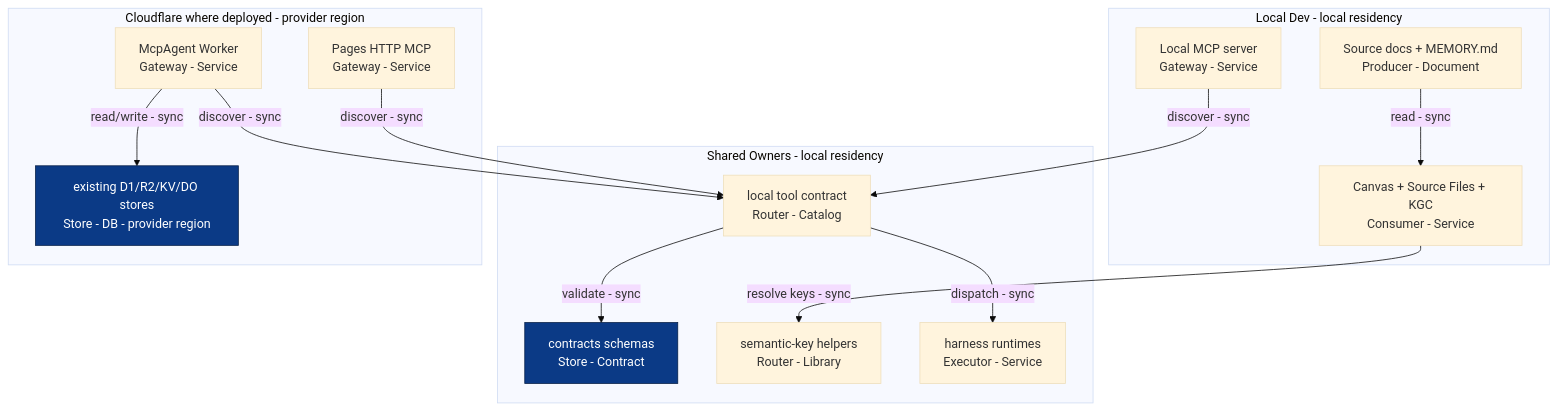
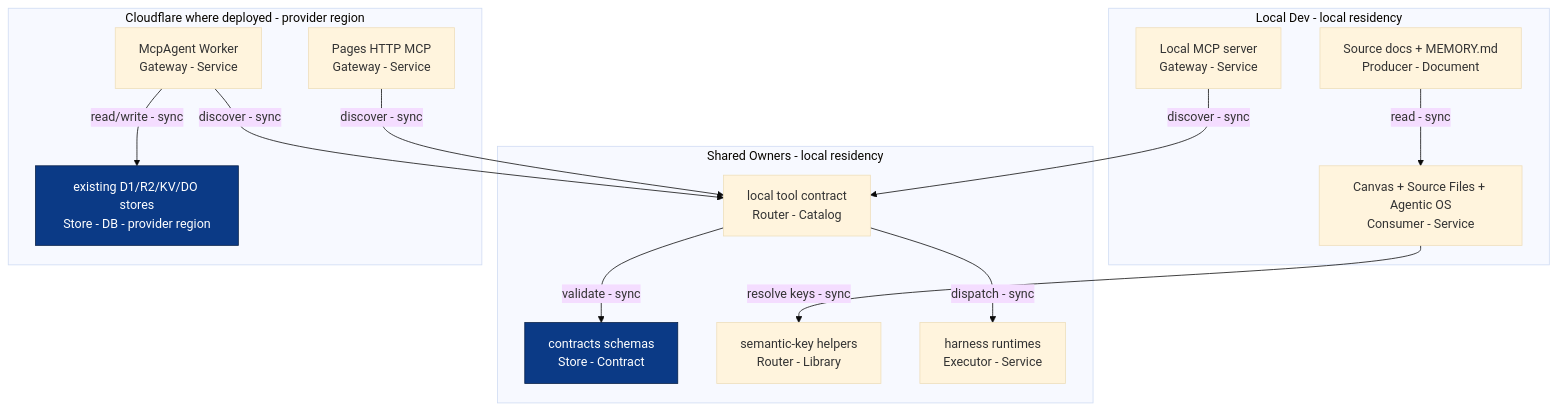
The diagram in docs/PRD-TAD-ADR-MVP-GTM.md (huijoohwee/agentic-canvas-os), drawn with Mermaid (base theme) before and after one commit. The commit also changed other lines of this file and 22 other files, not shown here.

````diff
--- a/docs/PRD-TAD-ADR-MVP-GTM.md
+++ b/docs/PRD-TAD-ADR-MVP-GTM.md
@@ -237,29 +237,29 @@
 ```mermaid
 flowchart TB
   subgraph local["Local Dev - local residency"]
     docs["Source docs + MEMORY.md<br/>Producer - Document"]
     mcp["Local MCP server<br/>Gateway - Service"]
-    canvas["Canvas + Source Files + KGC<br/>Consumer - Service"]
+    canvas["Canvas + Source Files + Agentic OS<br/>Consumer - Service"]
   end
   subgraph shared["Shared Owners - local residency"]
     contracts["contracts schemas<br/>Store - Contract"]
     catalog["local tool contract<br/>Router - Catalog"]
     semantic["semantic-key helpers<br/>Router - Library"]
     harness["harness runtimes<br/>Executor - Service"]
   end
   subgraph edge["Cloudflare where deployed - provider region"]
     worker["McpAgent Worker<br/>Gateway - Service"]
     pages["Pages HTTP MCP<br/>Gateway - Service"]
     storage["existing D1/R2/KV/DO stores<br/>Store - DB - provider region"]
   end
   docs -->|"read - sync"| canvas
   mcp -->|"discover - sync"| catalog
   catalog -->|"validate - sync"| contracts
   catalog -->|"dispatch - sync"| harness
   canvas -->|"resolve keys - sync"| semantic
   worker -->|"discover - sync"| catalog
   worker -->|"read/write - sync"| storage
   pages -->|"discover - sync"| catalog
   classDef store fill:#0b3a86,stroke:#061f47,color:#ffffff
   class contracts,storage store
 ```
````
